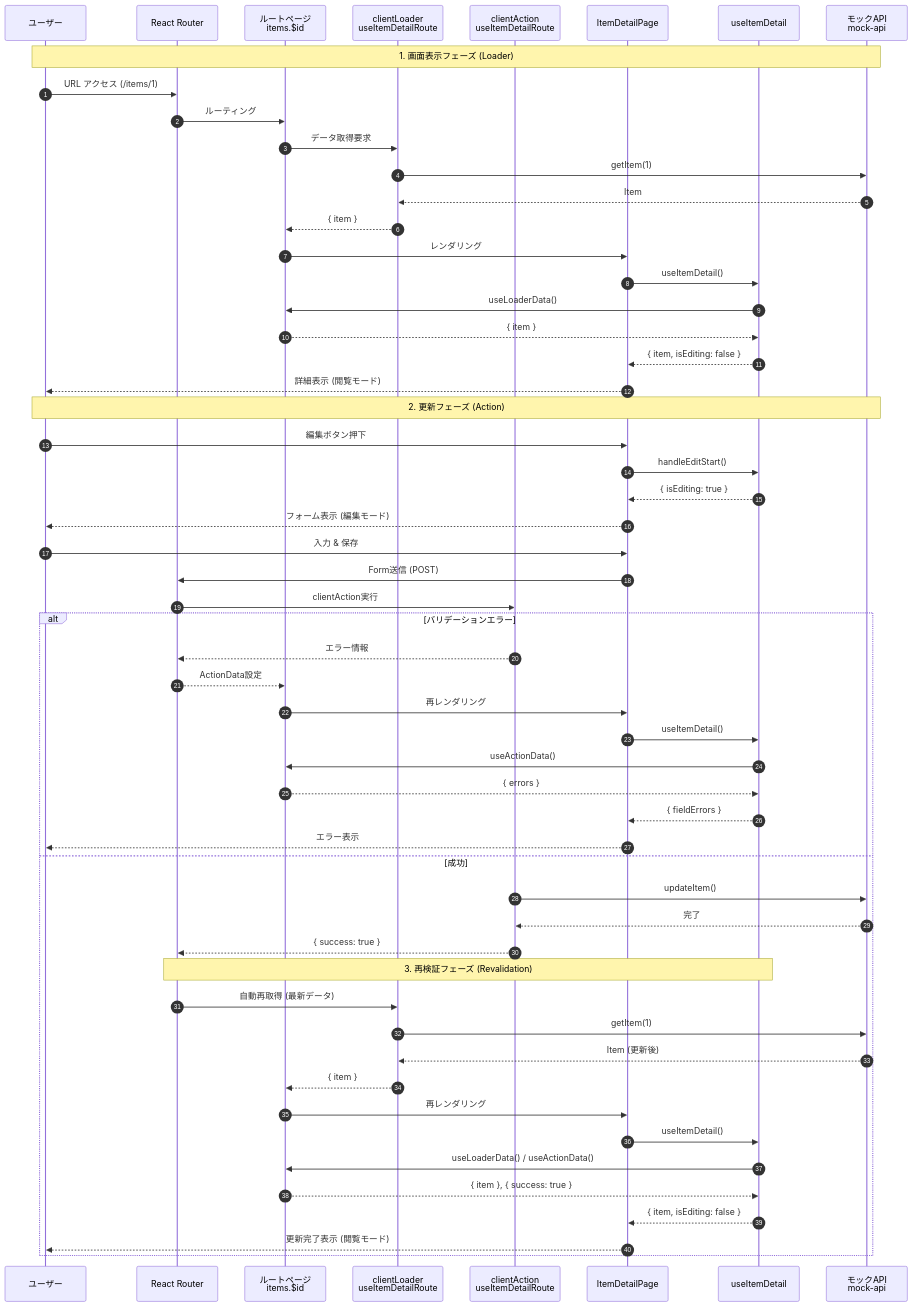
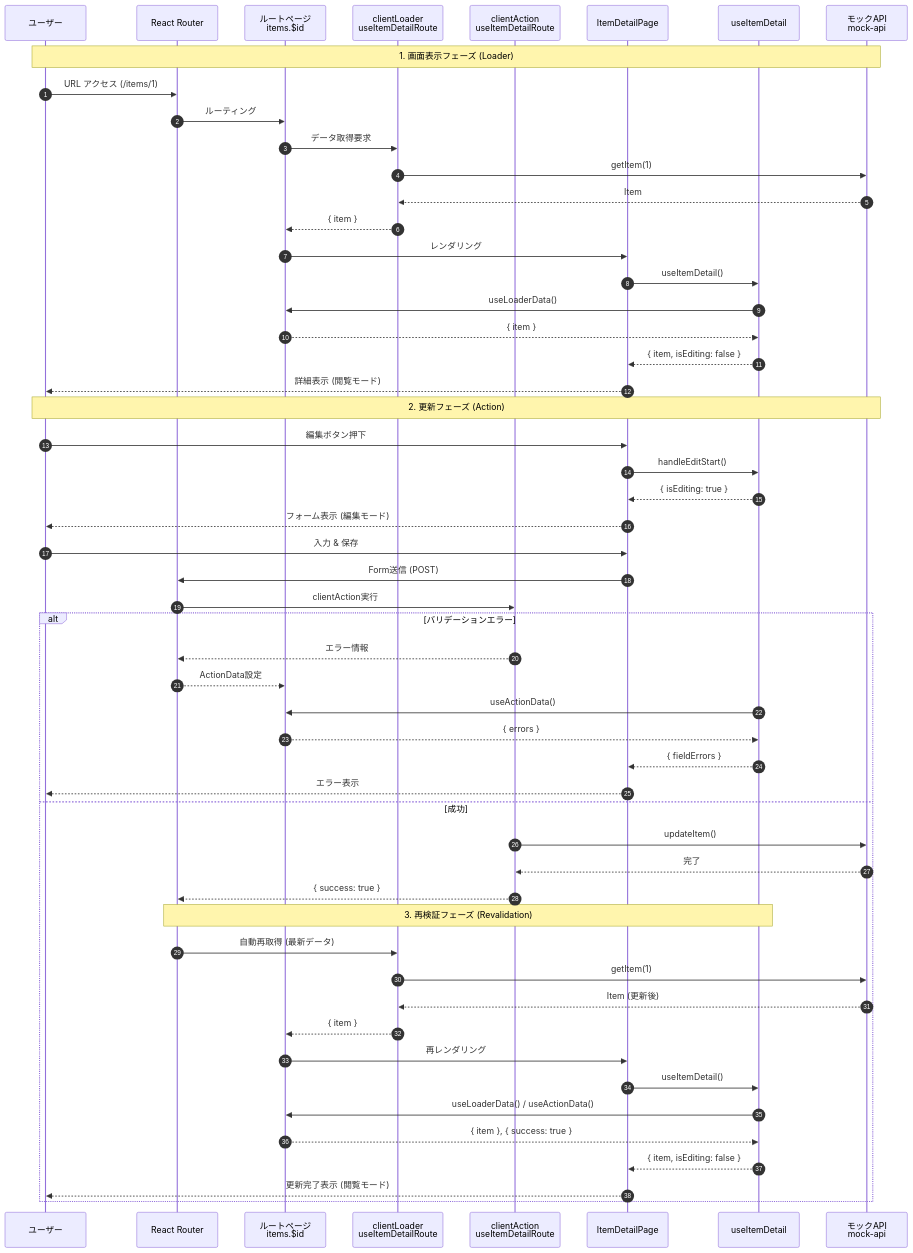
Before and after one commit to daisuke0412/react-sample: the third of 3 diagrams in docs/guide/5.サンプルアプリ実装.md, drawn with Mermaid. The commit also changed other lines of this file, not shown here.

````diff
--- a/docs/guide/5.サンプルアプリ実装.md
+++ b/docs/guide/5.サンプルアプリ実装.md
@@ -727,65 +725,63 @@
 ```mermaid
 sequenceDiagram
     autonumber
     participant user as ユーザー
     participant ReactRouter as React Router
     participant Route as ルートページ<br>items.$id
     participant Loader as clientLoader<br>useItemDetailRoute
     participant Action as clientAction<br>useItemDetailRoute
     participant Page as ItemDetailPage
     participant Hook as useItemDetail
     participant Mock as モックAPI<br>mock-api
 
     Note over user, Mock: 1. 画面表示フェーズ (Loader)
     user->>ReactRouter: URL アクセス (/items/1)
     ReactRouter->>Route: ルーティング
     Route->>Loader: データ取得要求
     Loader->>Mock: getItem(1)
     Mock-->>Loader: Item
     Loader-->>Route: { item }
     
     Route->>Page: レンダリング
     Page->>Hook: useItemDetail()
     Hook->>Route: useLoaderData()
     Route-->>Hook: { item }
     Hook-->>Page: { item, isEditing: false }
     Page-->>user: 詳細表示 (閲覧モード)
 
     Note over user, Mock: 2. 更新フェーズ (Action)
     user->>Page: 編集ボタン押下
     Page->>Hook: handleEditStart()
     Hook-->>Page: { isEditing: true }
     Page-->>user: フォーム表示 (編集モード)
     
     user->>Page: 入力 & 保存
     Page->>ReactRouter: Form送信 (POST)
     ReactRouter->>Action: clientAction実行
     
     alt バリデーションエラー
         Action-->>ReactRouter: エラー情報
         ReactRouter-->>Route: ActionData設定
-        Route->>Page: 再レンダリング
-        Page->>Hook: useItemDetail()
         Hook->>Route: useActionData()
         Route-->>Hook: { errors }
         Hook-->>Page: { fieldErrors }
         Page-->>user: エラー表示
     else 成功
         Action->>Mock: updateItem()
         Mock-->>Action: 完了
         Action-->>ReactRouter: { success: true }
         
         Note over ReactRouter, Hook: 3. 再検証フェーズ (Revalidation)
         ReactRouter->>Loader: 自動再取得 (最新データ)
         Loader->>Mock: getItem(1)
         Mock-->>Loader: Item (更新後)
         Loader-->>Route: { item }
         
         Route->>Page: 再レンダリング
         Page->>Hook: useItemDetail()
         Hook->>Route: useLoaderData() / useActionData()
         Route-->>Hook: { item }, { success: true }
         Hook-->>Page: { item, isEditing: false }
         Page-->>user: 更新完了表示 (閲覧モード)
     end
 ```
````
